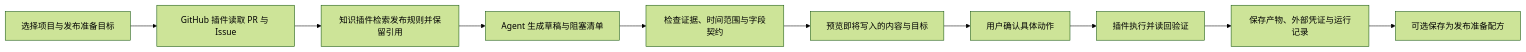
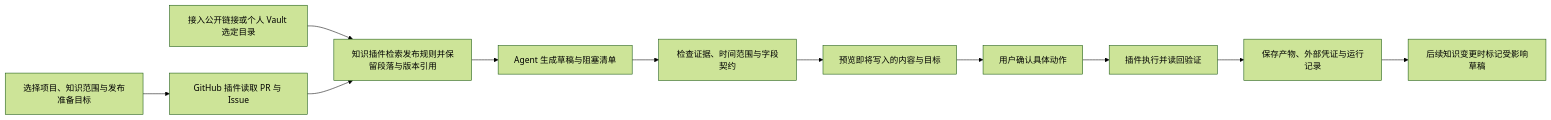
The first of 2 diagrams in docs/PROJECT_DIRECTION.md (KlayPeter/AI-Delivery-Ops-Agent), drawn with Mermaid (forest theme) before and after one commit. The commit also changed other lines of this file and 3 other files, not shown here.

````diff
--- a/docs/PROJECT_DIRECTION.md
+++ b/docs/PROJECT_DIRECTION.md
@@ -45,12 +47,13 @@
 ```mermaid
 flowchart LR
-    A[选择项目与发布准备目标] --> B[GitHub 插件读取 PR 与 Issue]
-    B --> C[知识插件检索发布规则并保留引用]
+    K[接入公开链接或个人 Vault 选定目录] --> C
+    A[选择项目、知识范围与发布准备目标] --> B[GitHub 插件读取 PR 与 Issue]
+    B --> C[知识插件检索发布规则并保留段落与版本引用]
     C --> D[Agent 生成草稿与阻塞清单]
     D --> E[检查证据、时间范围与字段契约]
     E --> F[预览即将写入的内容与目标]
     F --> G[用户确认具体动作]
     G --> H[插件执行并读回验证]
     H --> I[保存产物、外部凭证与运行记录]
-    I --> J[可选保存为发布准备配方]
+    I --> J[后续知识变更时标记受影响草稿]
 ```
````
